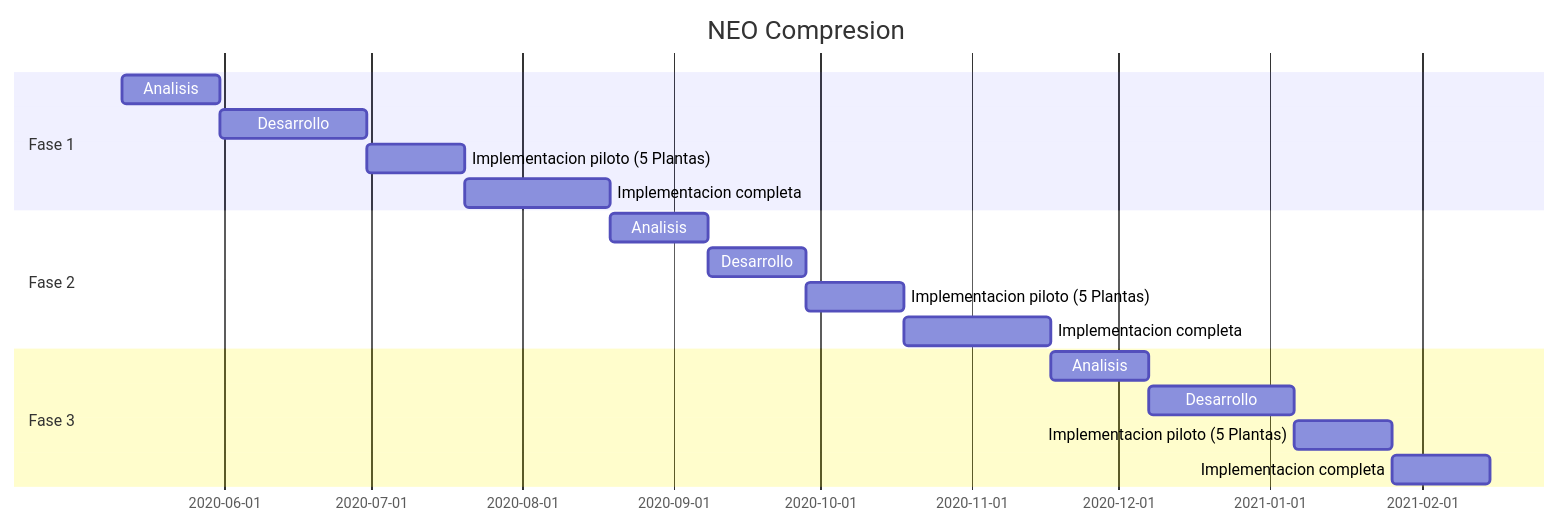
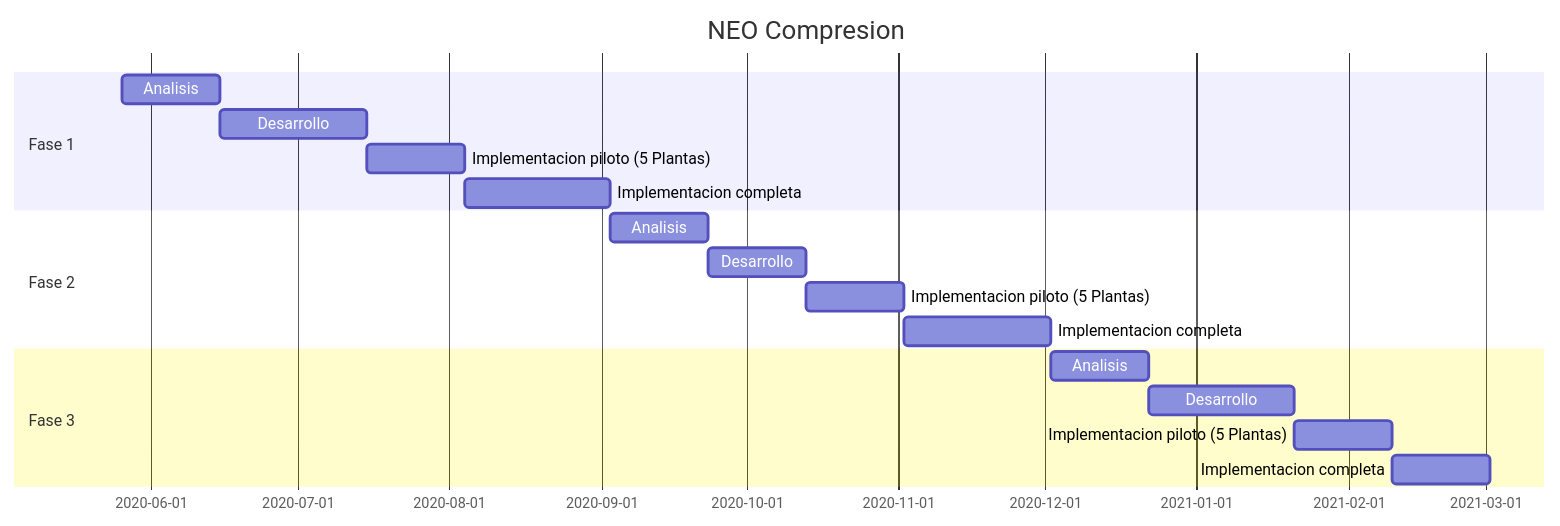
Before and after one commit to festavillo/neo-cp: the diagram in NEO - Compresion.md, drawn with Mermaid. The commit also changed other lines of this file, not shown here.

````diff
--- a/NEO - Compresion.md
+++ b/NEO - Compresion.md
@@ -25,23 +25,23 @@
 ```mermaid
 gantt
     title NEO Compresion
     dateFormat  YYYY-MM-DD
     section Fase 1
-    Analisis           :a1, 2020-05-11, 20d
+    Analisis           :a1, 2020-05-26, 20d
     Desarrollo         :a2, after a1, 30d
     Implementacion piloto (5 Plantas)     :a3, after a2  , 20d
     Implementacion completa     :a4, after a3  , 30d
 
     section Fase 2
     Analisis           :a5, after a4 , 20d
     Desarrollo         :a6, after a5, 20d
     Implementacion piloto (5 Plantas)     :a7, after a6  , 20d
     Implementacion completa     :a8, after a7  , 30d
 
 section Fase 3
     Analisis           :a9, after a8 , 20d
     Desarrollo         :a10, after a9, 30d
     Implementacion piloto (5 Plantas)     :a11, after a10  , 20d
     Implementacion completa     :a12, after a11  , 20d
 
 ```
````
